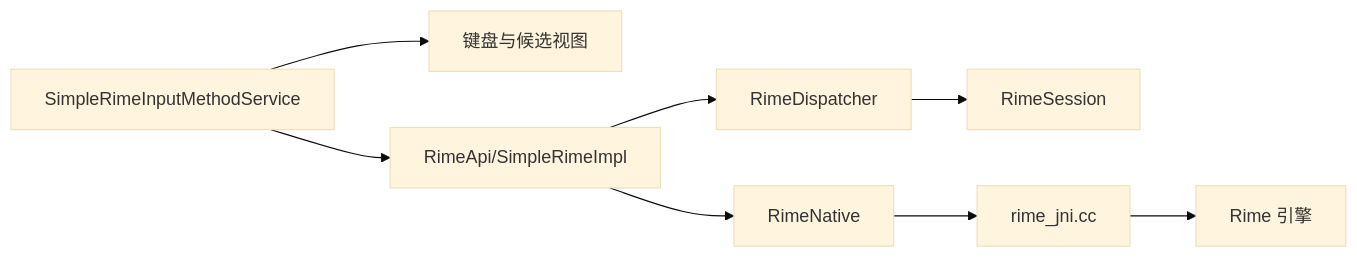
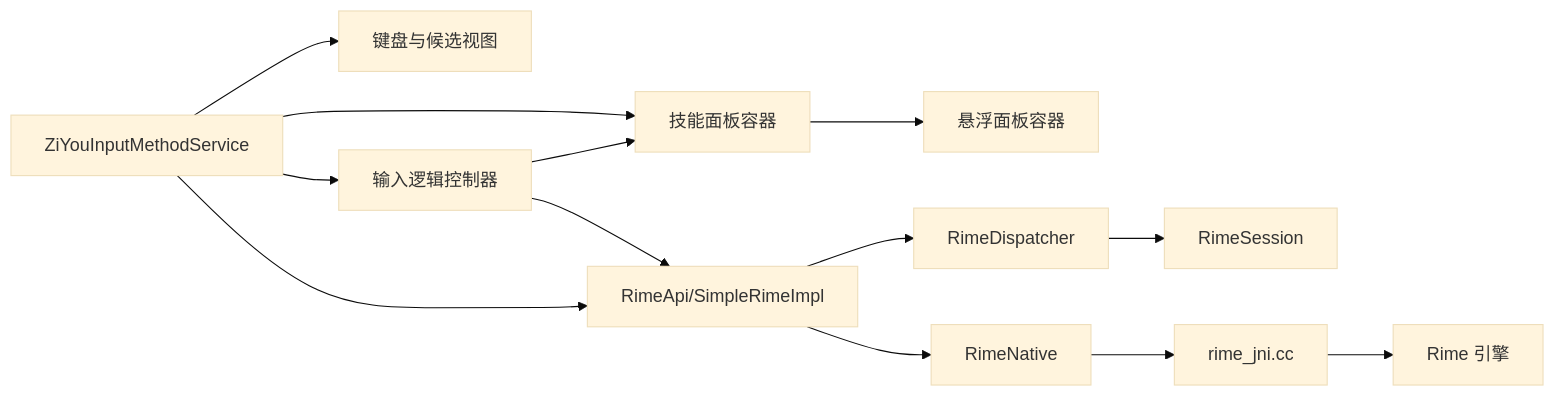
The sixth of 6 diagrams in .qoder/repowiki/zh/content/输入法服务.md (qiaodashaoye/ziyou-ime), drawn with Mermaid (base theme) before and after one commit. The commit also changed other lines of this file and 28 other files, not shown here.

````diff
--- a/.qoder/repowiki/zh/content/输入法服务.md
+++ b/.qoder/repowiki/zh/content/输入法服务.md
@@ -344,10 +443,15 @@
 ```mermaid
 graph LR
-Service["SimpleRimeInputMethodService"] --> Views["键盘与候选视图"]
+Service["ZiYouInputMethodService"] --> Views["键盘与候选视图"]
+Service --> SkillPanel["技能面板容器"]
+Service --> InputController["输入逻辑控制器"]
 Service --> Core["RimeApi/SimpleRimeImpl"]
 Core --> Dispatcher["RimeDispatcher"]
 Core --> Native["RimeNative"]
 Dispatcher --> Session["RimeSession"]
 Native --> JNI["rime_jni.cc"]
 JNI --> Engine["Rime 引擎"]
+SkillPanel --> FloatingPanel["悬浮面板容器"]
+InputController --> SkillPanel
+InputController --> Core
 ```
````
